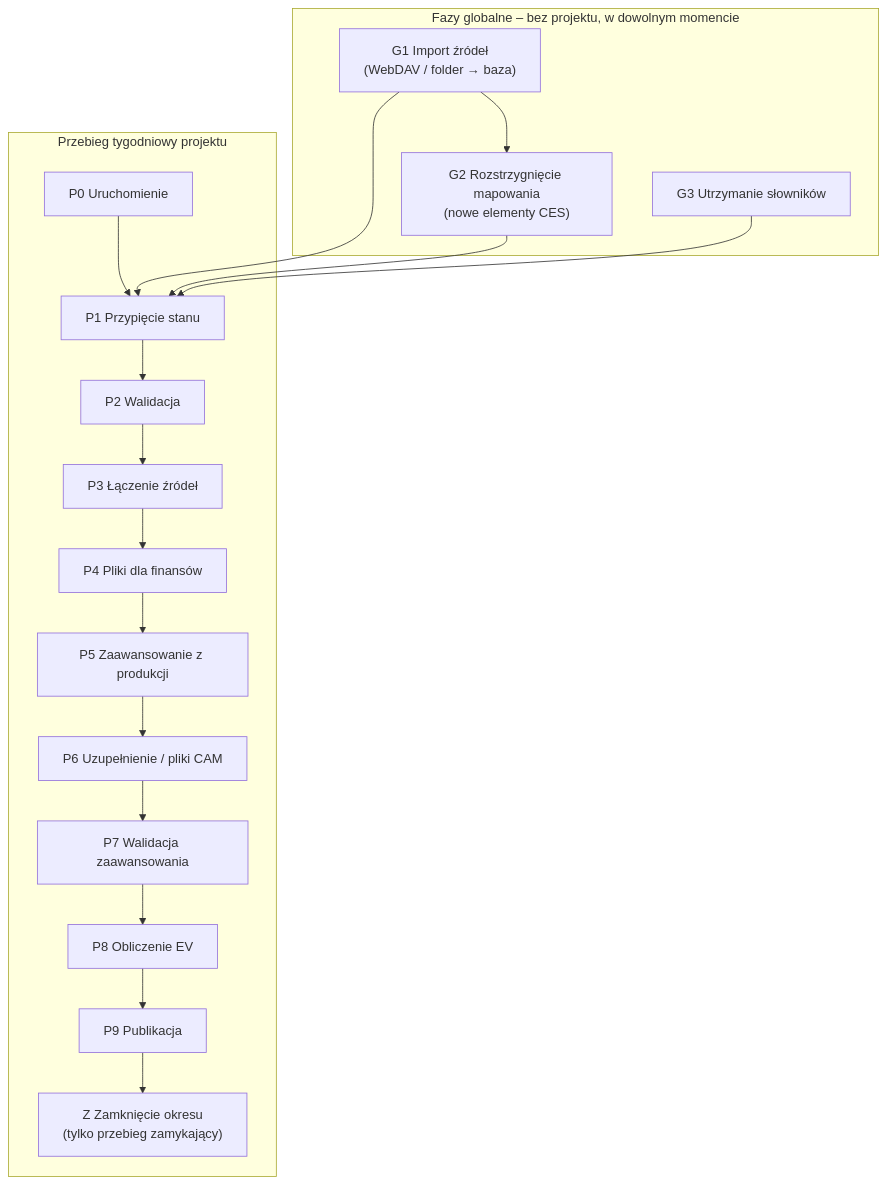
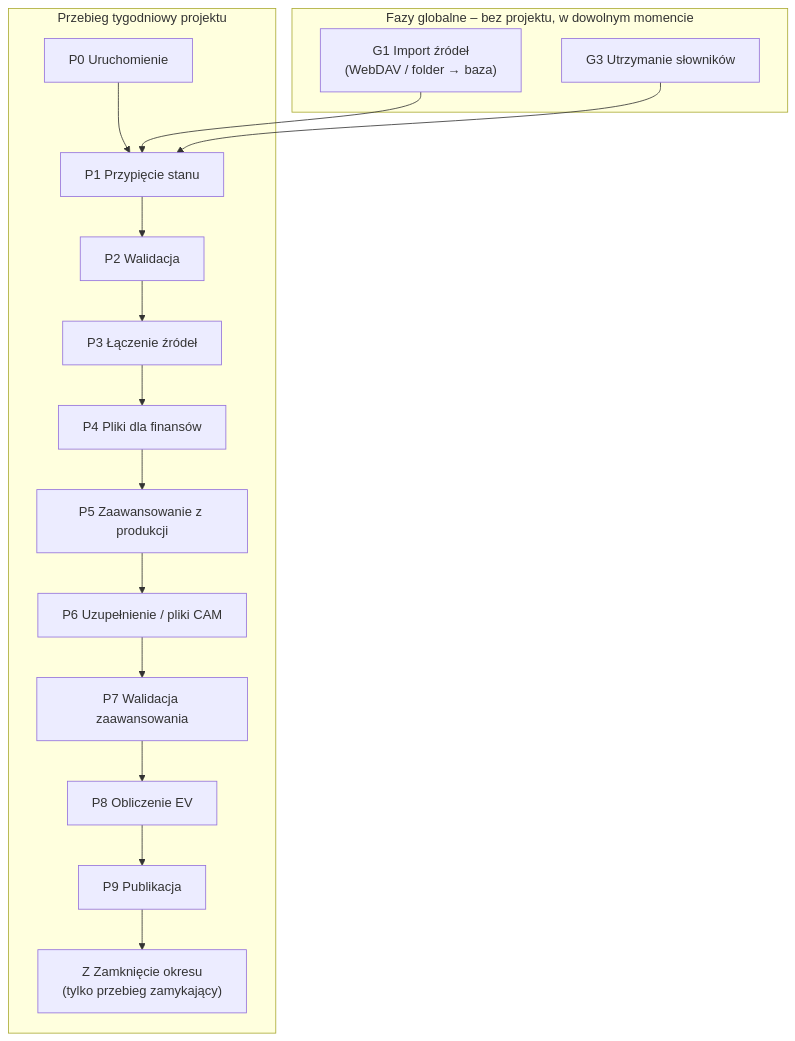
Before and after one commit to skrobi/ahd: the diagram in docs/pipeline-fazy.md, drawn with Mermaid. The commit also changed other lines of this file and 23 other files, not shown here.

First line of the commit message:
Dokumentacja: opis stanu bieżącego bez mapowania CES ↔ P1S i bez historii zmian; porządki w komentarzach i danych testowych

````diff
--- a/docs/pipeline-fazy.md
+++ b/docs/pipeline-fazy.md
@@ -82,22 +81,21 @@
 ```mermaid
 flowchart TD
   subgraph G["Fazy globalne – bez projektu, w dowolnym momencie"]
-    G1["G1 Import źródeł<br/>(WebDAV / folder → baza)"] --> G2["G2 Rozstrzygnięcie mapowania<br/>(nowe elementy CES)"]
+    G1["G1 Import źródeł<br/>(WebDAV / folder → baza)"]
     G3["G3 Utrzymanie słowników"]
   end
   subgraph P["Przebieg tygodniowy projektu"]
     P0["P0 Uruchomienie"] --> P1["P1 Przypięcie stanu"]
     P1 --> P2["P2 Walidacja"]
     P2 --> P3["P3 Łączenie źródeł"]
     P3 --> P4["P4 Pliki dla finansów"]
     P4 --> P5["P5 Zaawansowanie z produkcji"]
     P5 --> P6["P6 Uzupełnienie / pliki CAM"]
     P6 --> P7["P7 Walidacja zaawansowania"]
     P7 --> P8["P8 Obliczenie EV"]
     P8 --> P9["P9 Publikacja"]
     P9 --> Z["Z Zamknięcie okresu<br/>(tylko przebieg zamykający)"]
   end
   G1 --> P1
-  G2 --> P1
   G3 --> P1
 ```
````
